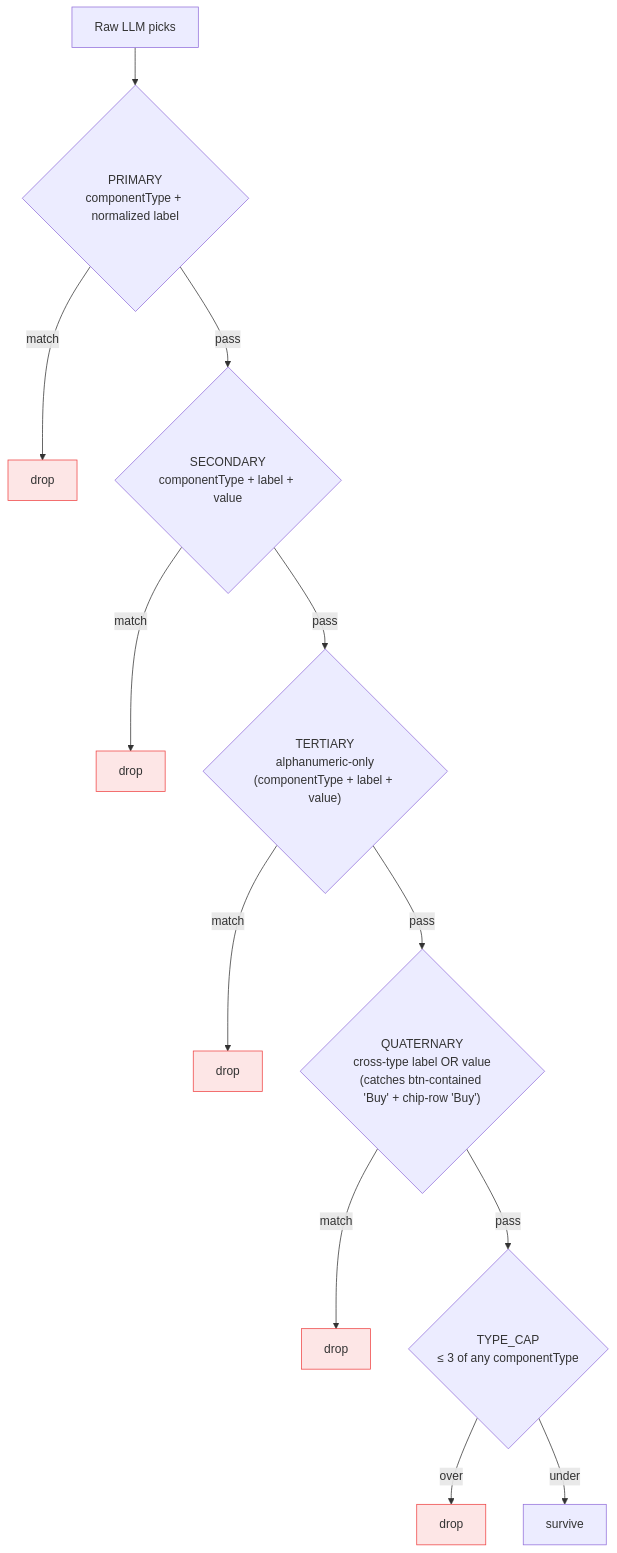
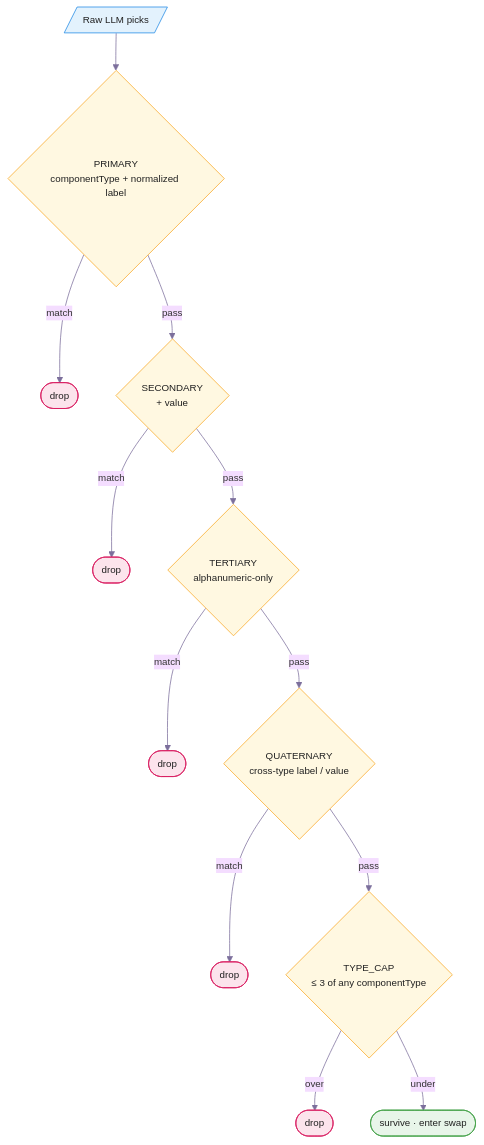
Before and after one commit to hj0325/samsung-GenUI: the fifth of 8 diagrams in README.md, drawn with Mermaid. The commit also changed other lines of this file, not shown here.

First line of the commit message:
Restyle README diagrams to FigJam Diagram-Basics design language

````diff
--- a/README.md
+++ b/README.md
@@ -159,17 +258,25 @@
 ```mermaid
+%%{init: {'theme':'base', 'themeVariables': {
+  'fontFamily':'ui-sans-serif, system-ui, sans-serif',
+  'fontSize':'13px',
+  'lineColor':'#7C6F9C'
+}}}%%
 flowchart TD
-  raw["Raw LLM picks"] --> t1{"PRIMARY<br/>componentType + normalized label"}
-  t1 -- match --> drop1[drop]
-  t1 -- pass --> t2{"SECONDARY<br/>componentType + label + value"}
-  t2 -- match --> drop2[drop]
-  t2 -- pass --> t3{"TERTIARY<br/>alphanumeric-only<br/>(componentType + label + value)"}
-  t3 -- match --> drop3[drop]
-  t3 -- pass --> t4{"QUATERNARY<br/>cross-type label OR value<br/>(catches btn-contained 'Buy' + chip-row 'Buy')"}
-  t4 -- match --> drop4[drop]
-  t4 -- pass --> typecap{"TYPE_CAP<br/>≤ 3 of any componentType"}
-  typecap -- over --> drop5[drop]
-  typecap -- under --> survive[survive]
+  raw[/Raw LLM picks/]:::io
+  raw --> t1{PRIMARY<br/>componentType + normalized label}:::dec
+  t1 -- match --> drop1([drop]):::drop
+  t1 -- pass --> t2{SECONDARY<br/>+ value}:::dec
+  t2 -- match --> drop2([drop]):::drop
+  t2 -- pass --> t3{TERTIARY<br/>alphanumeric-only}:::dec
+  t3 -- match --> drop3([drop]):::drop
+  t3 -- pass --> t4{QUATERNARY<br/>cross-type label / value}:::dec
+  t4 -- match --> drop4([drop]):::drop
+  t4 -- pass --> cap{TYPE_CAP<br/>≤ 3 of any componentType}:::dec
+  cap -- over --> drop5([drop]):::drop
+  cap -- under --> survive([survive · enter swap]):::pass
 
-  classDef drop fill:#EF444422,stroke:#EF4444
-  class drop1,drop2,drop3,drop4,drop5 drop
+  classDef io    fill:#E3F2FD,stroke:#1E88E5,color:#212121
+  classDef dec   fill:#FFF8E1,stroke:#F9A825,color:#212121
+  classDef drop  fill:#FCE4EC,stroke:#D81B60,color:#212121
+  classDef pass  fill:#E8F5E9,stroke:#43A047,color:#212121
 ```
````
